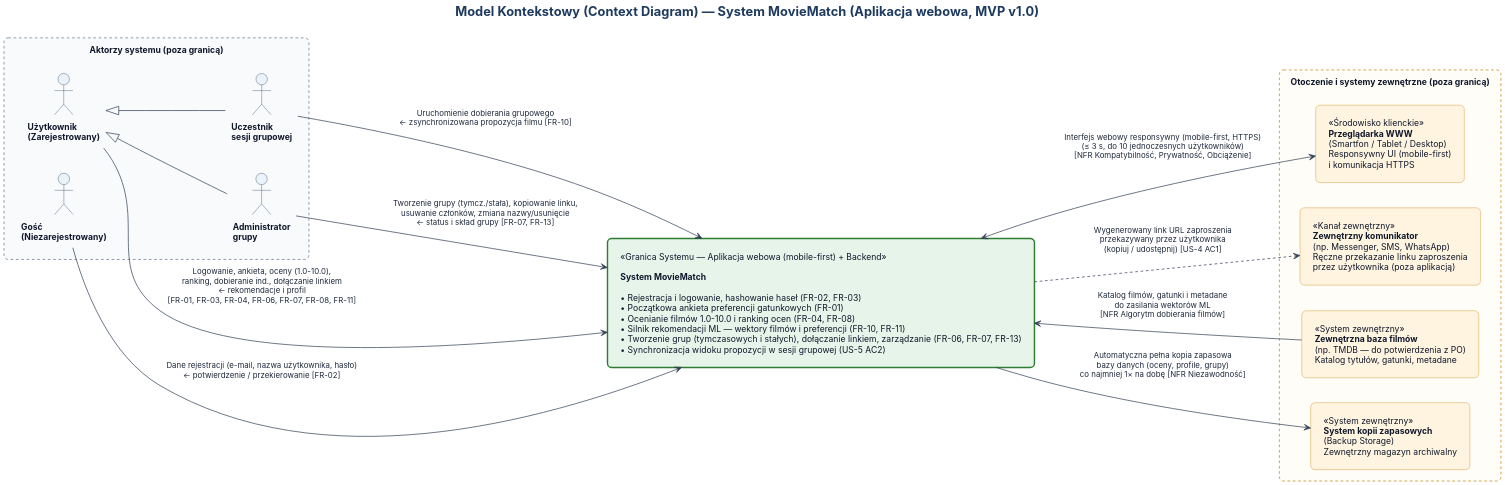
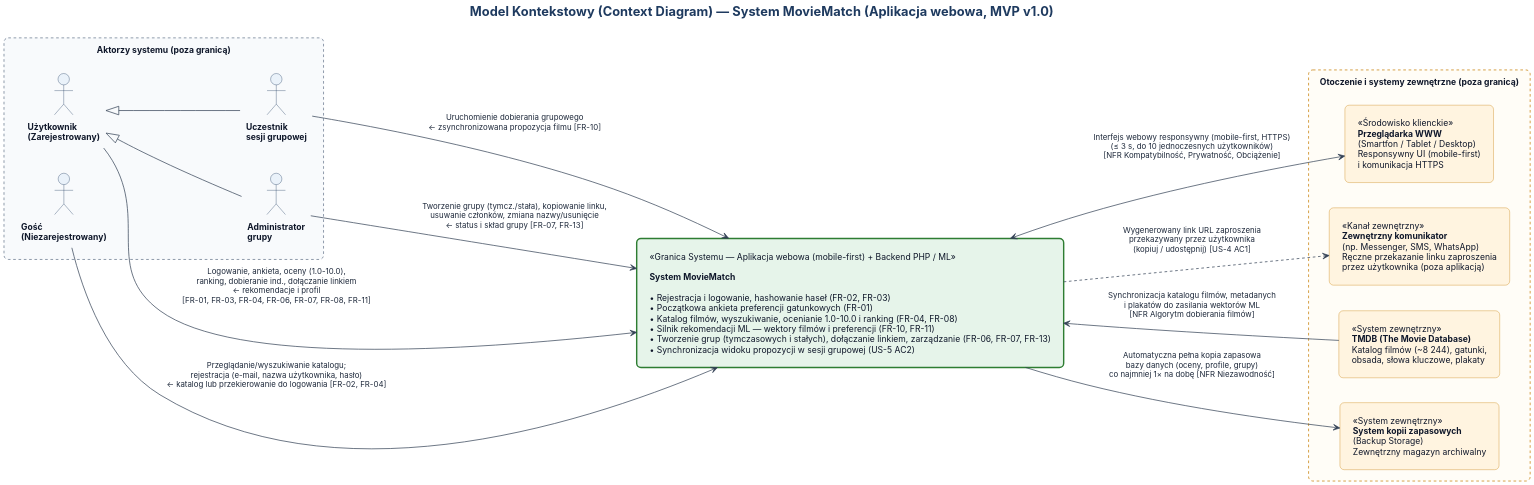
One commit to SzymonK328190/laboratorium7_uml_moviematch changed the diagram in puml/01_context_diagram.puml. Above: the diagram before and after it, drawn with PlantUML. The commit also changed 13 other files, not shown here.

```diff
--- a/puml/01_context_diagram.puml
+++ b/puml/01_context_diagram.puml
@@ -1,79 +1,79 @@
 @startuml 01_context_diagram
 skinparam dpi 180
 skinparam shadowing false
 skinparam defaultFontName "Inter"
 skinparam defaultFontSize 12
 skinparam roundcorner 12
 skinparam nodesep 35
 skinparam ranksep 65
 skinparam padding 8
 
 skinparam titleFontSize 18
 skinparam titleFontColor #1E3A5F
 
 skinparam actor {
   BackgroundColor #EAF2FA
   BorderColor #1E3A5F
   FontColor #0F172A
   FontStyle bold
 }
 
 skinparam rectangle {
   BorderColor #1E3A5F
   FontColor #0F172A
 }
 
 skinparam arrow {
   Color #334155
   FontColor #1E293B
   FontSize 11
 }
 
 title Model Kontekstowy (Context Diagram) — System MovieMatch (Aplikacja webowa, MVP v1.0)
 
 left to right direction
 
 ' ==================== AKTORZY (POZA GRANICĄ SYSTEMU) ====================
 rectangle "Aktorzy systemu (poza granicą)" as ActorsPkg #F8FAFC;line:64748B;line.dashed {
   actor "Gość\n(Niezarejestrowany)" as Guest
   actor "Użytkownik\n(Zarejestrowany)" as User
   actor "Uczestnik\nsesji grupowej" as Participant
   actor "Administrator\ngrupy" as Admin
 
   Participant -u-|> User
   Admin -u-|> User
 }
 
 ' ==================== GRANICA SYSTEMU ====================
-rectangle "«Granica Systemu — Aplikacja webowa (mobile-first) + Backend»\n\n<b>System MovieMatch</b>\n\n• Rejestracja i logowanie, hashowanie haseł (FR-02, FR-03)\n• Początkowa ankieta preferencji gatunkowych (FR-01)\n• Ocenianie filmów 1.0–10.0 i ranking ocen (FR-04, FR-08)\n• Silnik rekomendacji ML — wektory filmów i preferencji (FR-10, FR-11)\n• Tworzenie grup (tymczasowych i stałych), dołączanie linkiem, zarządzanie (FR-06, FR-07, FR-13)\n• Synchronizacja widoku propozycji w sesji grupowej (US-5 AC2)" as MovieMatch #E6F4EA;line:2E7D32;line.bold
+rectangle "«Granica Systemu — Aplikacja webowa (mobile-first) + Backend PHP / ML»\n\n<b>System MovieMatch</b>\n\n• Rejestracja i logowanie, hashowanie haseł (FR-02, FR-03)\n• Początkowa ankieta preferencji gatunkowych (FR-01)\n• Katalog filmów, wyszukiwanie, ocenianie 1.0–10.0 i ranking (FR-04, FR-08)\n• Silnik rekomendacji ML — wektory filmów i preferencji (FR-10, FR-11)\n• Tworzenie grup (tymczasowych i stałych), dołączanie linkiem, zarządzanie (FR-06, FR-07, FR-13)\n• Synchronizacja widoku propozycji w sesji grupowej (US-5 AC2)" as MovieMatch #E6F4EA;line:2E7D32;line.bold
 
 ' ==================== SYSTEMY ZEWNĘTRZNE I OTOCZENIE ====================
 rectangle "Otoczenie i systemy zewnętrzne (poza granicą)" as ExtPkg #FFFDF7;line:C67C00;line.dashed {
   rectangle "«Środowisko klienckie»\n<b>Przeglądarka WWW</b>\n(Smartfon / Tablet / Desktop)\nResponsywny UI (mobile-first)\ni komunikacja HTTPS" as Browser #FFF4E0;line:C67C00
 
   rectangle "«Kanał zewnętrzny»\n<b>Zewnętrzny komunikator</b>\n(np. Messenger, SMS, WhatsApp)\nRęczne przekazanie linku zaproszenia\nprzez użytkownika (poza aplikacją)" as Messenger #FFF4E0;line:C67C00
 
-  rectangle "«System zewnętrzny»\n<b>Zewnętrzna baza filmów</b>\n(np. TMDB — do potwierdzenia z PO)\nKatalog tytułów, gatunki, metadane" as MovieDB #FFF4E0;line:C67C00
+  rectangle "«System zewnętrzny»\n<b>TMDB (The Movie Database)</b>\nKatalog filmów (~8 244), gatunki,\nobsada, słowa kluczowe, plakaty" as MovieDB #FFF4E0;line:C67C00
 
   rectangle "«System zewnętrzny»\n<b>System kopii zapasowych</b>\n(Backup Storage)\nZewnętrzny magazyn archiwalny" as BackupSvc #FFF4E0;line:C67C00
 }
 
 ' ==================== RELACJE AKTORZY <-> SYSTEM ====================
-Guest --> MovieMatch : Dane rejestracji (e-mail, nazwa użytkownika, hasło)\n← potwierdzenie / przekierowanie [FR-02]
+Guest --> MovieMatch : Przeglądanie/wyszukiwanie katalogu;\nrejestracja (e-mail, nazwa użytkownika, hasło)\n← katalog lub przekierowanie do logowania [FR-02, FR-04]
 
 User --> MovieMatch : Logowanie, ankieta, oceny (1.0–10.0),\nranking, dobieranie ind., dołączanie linkiem\n← rekomendacje i profil\n[FR-01, FR-03, FR-04, FR-06, FR-07, FR-08, FR-11]
 
 Participant --> MovieMatch : Uruchomienie dobierania grupowego\n← zsynchronizowana propozycja filmu [FR-10]
 
 Admin --> MovieMatch : Tworzenie grupy (tymcz./stała), kopiowanie linku,\nusuwanie członków, zmiana nazwy/usunięcie\n← status i skład grupy [FR-07, FR-13]
 
 ' ==================== RELACJE SYSTEM <-> OTOCZENIE ====================
 MovieMatch <--> Browser : Interfejs webowy responsywny (mobile-first, HTTPS)\n(≤ 3 s, do 10 jednoczesnych użytkowników)\n[NFR Kompatybilność, Prywatność, Obciążenie]
 
 MovieMatch ..> Messenger : Wygenerowany link URL zaproszenia\nprzekazywany przez użytkownika\n(kopiuj / udostępnij) [US-4 AC1]
 
-MovieMatch <-- MovieDB : Katalog filmów, gatunki i metadane\ndo zasilania wektorów ML\n[NFR Algorytm dobierania filmów]
+MovieMatch <-- MovieDB : Synchronizacja katalogu filmów, metadanych\ni plakatów do zasilania wektorów ML\n[NFR Algorytm dobierania filmów]
 
 MovieMatch --> BackupSvc : Automatyczna pełna kopia zapasowa\nbazy danych (oceny, profile, grupy)\nco najmniej 1× na dobę [NFR Niezawodność]
 
 @enduml
```
